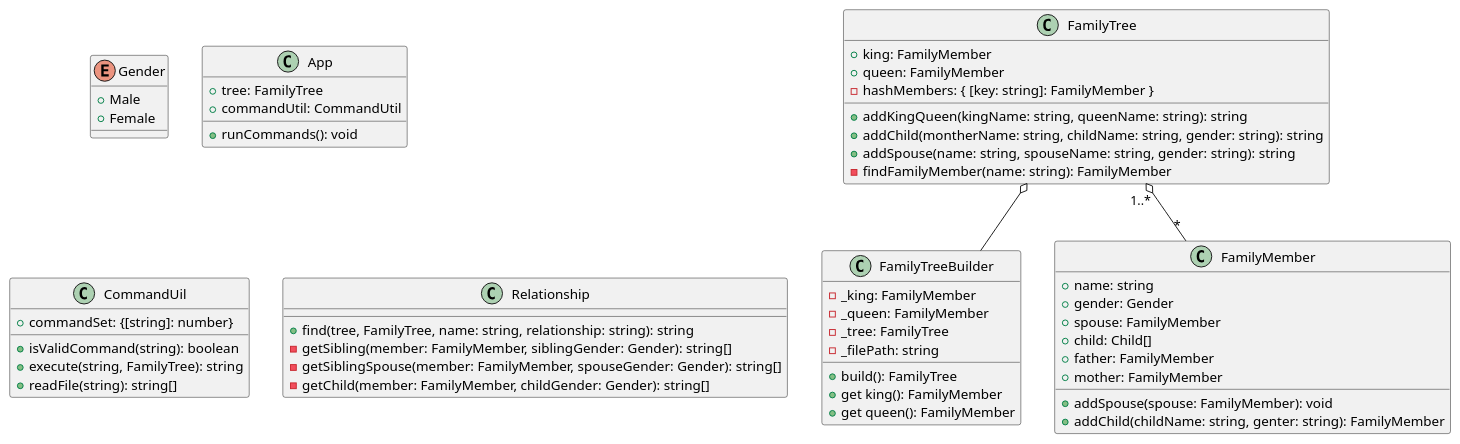
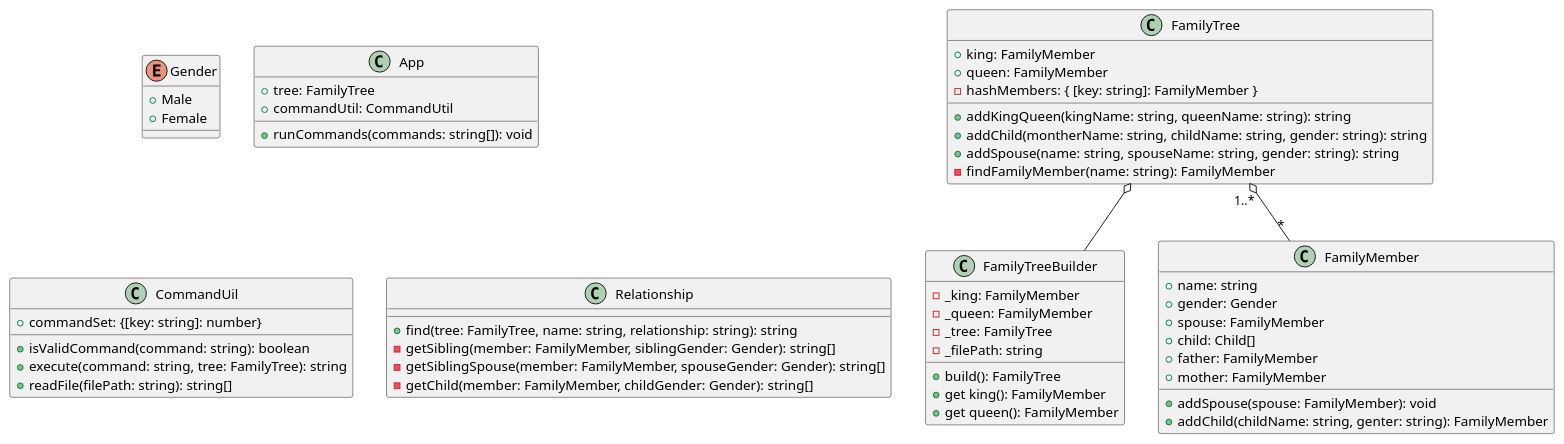
Before and after one commit to evaou/family-tree: the diagram in uml/class-diagram.puml, drawn with PlantUML.

Commit message:
update class diagram parameters

```diff
--- a/uml/class-diagram.puml
+++ b/uml/class-diagram.puml
@@ -1,62 +1,62 @@
 @startuml class diagram
 
 enum Gender {
     +Male
     +Female
 }
 
 class App {
     +tree: FamilyTree
     +commandUtil: CommandUtil
-    +runCommands(): void
+    +runCommands(commands: string[]): void
 }
 
 class CommandUil {
-    +commandSet: {[string]: number}
-    +isValidCommand(string): boolean
-    +execute(string, FamilyTree): string
-    +readFile(string): string[]
+    +commandSet: {[key: string]: number}
+    +isValidCommand(command: string): boolean
+    +execute(command: string, tree: FamilyTree): string
+    +readFile(filePath: string): string[]
 }
 
 class Relationship {
-    +find(tree, FamilyTree, name: string, relationship: string): string
+    +find(tree: FamilyTree, name: string, relationship: string): string
     -getSibling(member: FamilyMember, siblingGender: Gender): string[]
     -getSiblingSpouse(member: FamilyMember, spouseGender: Gender): string[]
     -getChild(member: FamilyMember, childGender: Gender): string[]
 }
 
 class FamilyTreeBuilder {
     -_king: FamilyMember
     -_queen: FamilyMember
     -_tree: FamilyTree
     -_filePath: string
     +build(): FamilyTree
     +get king(): FamilyMember
     +get queen(): FamilyMember
 }
 
 class FamilyTree {
     +king: FamilyMember
     +queen: FamilyMember
     -hashMembers: { [key: string]: FamilyMember }
     +addKingQueen(kingName: string, queenName: string): string 
     +addChild(montherName: string, childName: string, gender: string): string
     +addSpouse(name: string, spouseName: string, gender: string): string
     -findFamilyMember(name: string): FamilyMember
 }
 
 class FamilyMember {
     +name: string
     +gender: Gender
     +spouse: FamilyMember
     +child: Child[]
     +father: FamilyMember 
     +mother: FamilyMember 
     +addSpouse(spouse: FamilyMember): void
     +addChild(childName: string, genter: string): FamilyMember
 }
 
 FamilyTree "1..*" o-- "*" FamilyMember
 FamilyTree o-- FamilyTreeBuilder
 
 @enduml
```
